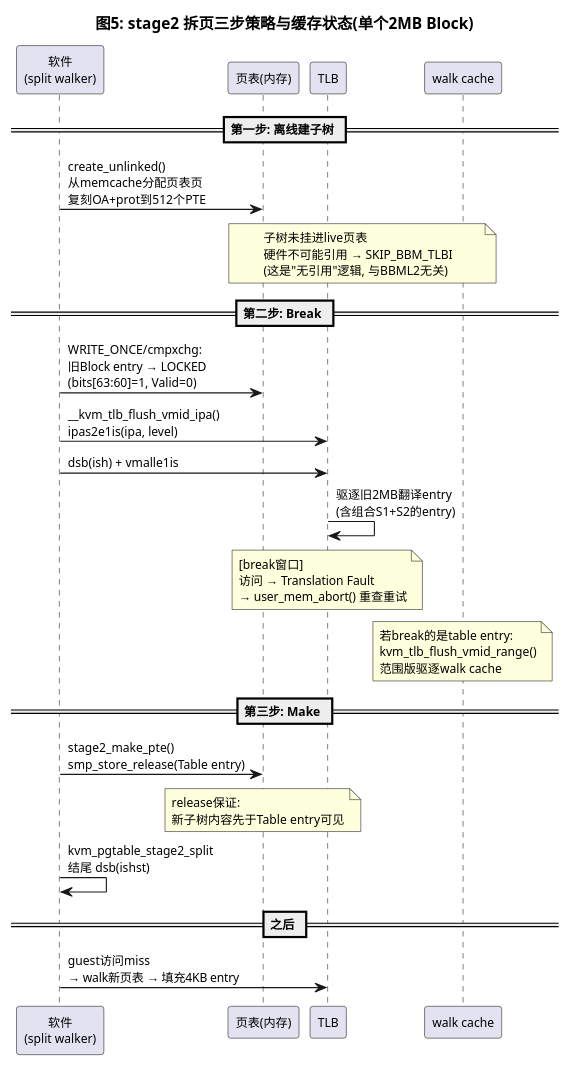
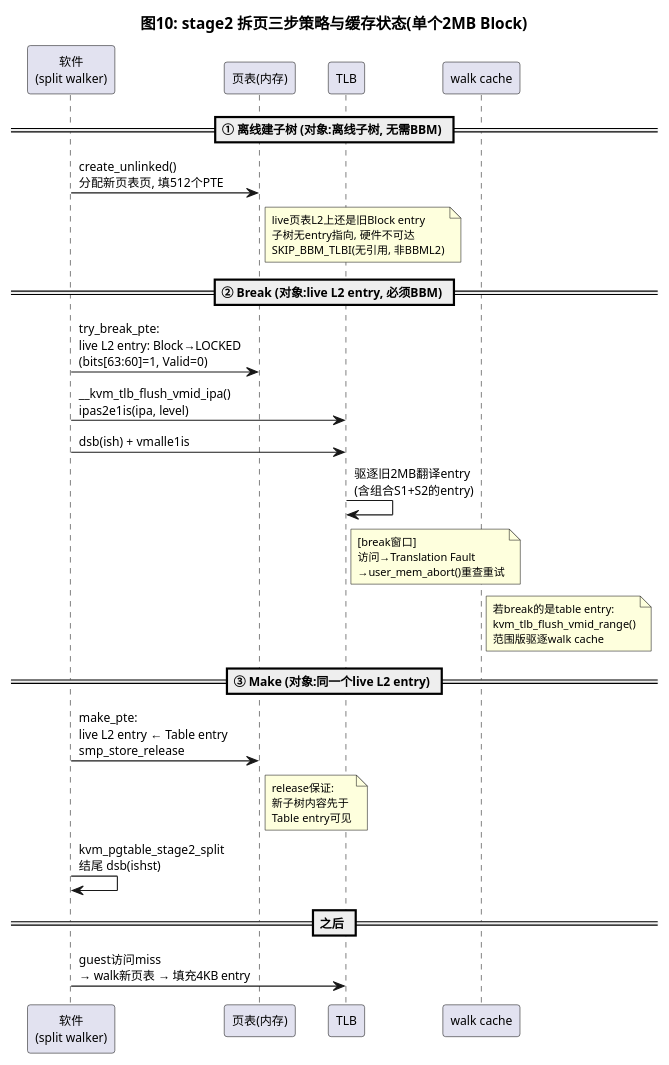
One commit to AkiraZheng/AkiraZheng.github.io changed diagram 11 of 13 in source/_posts/ARM64-BBML源码分析-BBML0-BBML3.md. Above: the diagram before and after it, drawn with PlantUML. The commit also changed other lines of this file and 4 other files, not shown here.

````diff
--- a/source/_posts/ARM64-BBML源码分析-BBML0-BBML3.md
+++ b/source/_posts/ARM64-BBML源码分析-BBML0-BBML3.md
@@ -783,32 +1279,34 @@
 ```plantuml
 @startuml
 skinparam backgroundColor white
 skinparam defaultFontSize 11
-title 图5: stage2 拆页三步策略与缓存状态(单个2MB Block)
+skinparam noteFontSize 10
+skinparam ParticipantPadding 10
+title 图10: stage2 拆页三步策略与缓存状态(单个2MB Block)
 
 participant "软件\n(split walker)" as SW
 participant "页表(内存)" as PT
 participant "TLB" as TLB
 participant "walk cache" as WC
 
-== 第一步: 离线建子树 ==
-SW -> PT : create_unlinked()\n从memcache分配页表页\n复刻OA+prot到512个PTE
-note over PT, WC : 子树未挂进live页表\n硬件不可能引用 → SKIP_BBM_TLBI\n(这是"无引用"逻辑, 与BBML2无关)
+== ① 离线建子树 (对象:离线子树, 无需BBM) ==
+SW -> PT : create_unlinked()\n分配新页表页, 填512个PTE
+note right of PT : live页表L2上还是旧Block entry\n子树无entry指向, 硬件不可达\nSKIP_BBM_TLBI(无引用, 非BBML2)
 
-== 第二步: Break ==
-SW -> PT : WRITE_ONCE/cmpxchg:\n旧Block entry → LOCKED\n(bits[63:60]=1, Valid=0)
+== ② Break (对象:live L2 entry, 必须BBM) ==
+SW -> PT : try_break_pte:\nlive L2 entry: Block→LOCKED\n(bits[63:60]=1, Valid=0)
 SW -> TLB : __kvm_tlb_flush_vmid_ipa()\nipas2e1is(ipa, level)
 SW -> TLB : dsb(ish) + vmalle1is
 TLB -> TLB : 驱逐旧2MB翻译entry\n(含组合S1+S2的entry)
-note over TLB : [break窗口]\n访问 → Translation Fault\n→ user_mem_abort() 重查重试
-note over WC : 若break的是table entry:\nkvm_tlb_flush_vmid_range()\n范围版驱逐walk cache
+note right of TLB : [break窗口]\n访问→Translation Fault\n→user_mem_abort()重查重试
+note right of WC : 若break的是table entry:\nkvm_tlb_flush_vmid_range()\n范围版驱逐walk cache
 
-== 第三步: Make ==
-SW -> PT : stage2_make_pte()\nsmp_store_release(Table entry)
-note over PT : release保证:\n新子树内容先于Table entry可见
+== ③ Make (对象:同一个live L2 entry) ==
+SW -> PT : make_pte:\nlive L2 entry ← Table entry\nsmp_store_release
+note right of PT : release保证:\n新子树内容先于\nTable entry可见
 SW -> SW : kvm_pgtable_stage2_split\n结尾 dsb(ishst)
 
 == 之后 ==
 SW -> TLB : guest访问miss\n→ walk新页表 → 填充4KB entry
 @enduml
 ```
````
